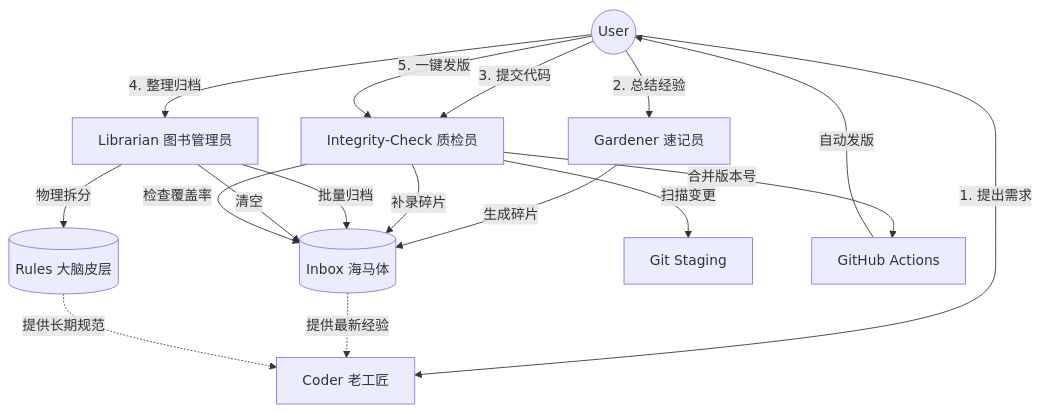
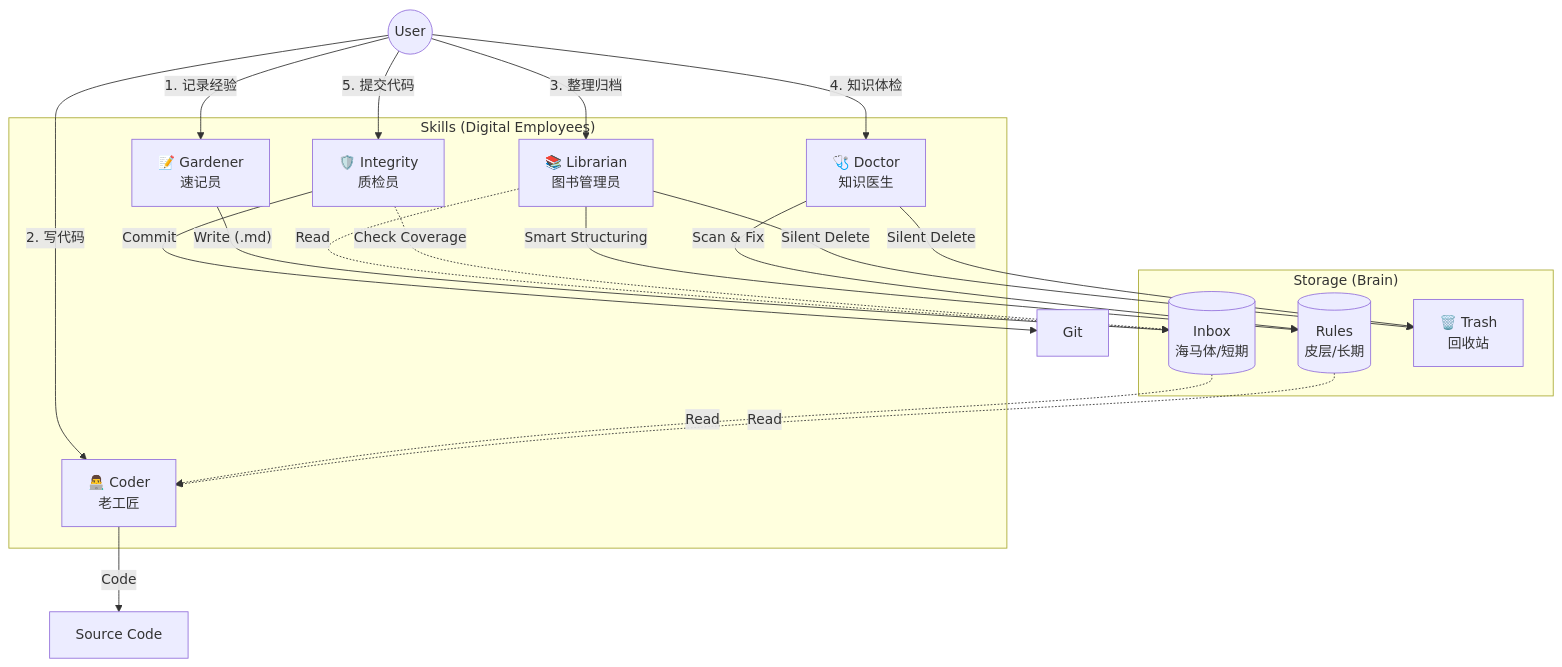
Before and after one commit to vincentline/MeeWoo.me: the diagram in .trae/documents/HELP.md, drawn with Mermaid. The commit also changed other lines of this file and 6 other files, not shown here.

````diff
--- a/.trae/documents/HELP.md
+++ b/.trae/documents/HELP.md
@@ -74,41 +73,44 @@
 ```mermaid
 graph TD
     User((User))
-    AC[Coder 老工匠]
-    KG[Gardener 速记员]
-    IC[Integrity-Check 质检员]
-    KL[Librarian 图书管理员]
     
-    Inbox[(Inbox 海马体)]
-    Rules[(Rules 大脑皮层)]
-    Git[Git Staging]
-    GH[GitHub Actions]
+    subgraph "Skills (Digital Employees)"
+        Gardener[📝 Gardener<br>速记员]
+        Librarian[📚 Librarian<br>图书管理员]
+        Doctor[🩺 Doctor<br>知识医生]
+        Coder[👨‍💻 Coder<br>老工匠]
+        Integrity[🛡️ Integrity<br>质检员]
+    end
 
-    %% 交互流程
-    User -->|1. 提出需求| AC
-    User -->|2. 总结经验| KG
-    User -->|3. 提交代码| IC
-    User -->|4. 整理归档| KL
-    User -->|5. 一键发版| IC
+    subgraph "Storage (Brain)"
+        Inbox[(Inbox<br>海马体/短期)]
+        Rules[(Rules<br>皮层/长期)]
+        Trash[🗑️ Trash<br>回收站]
+    end
 
-    %% 写入流
-    KG -->|生成碎片| Inbox
-    IC -->|补录碎片| Inbox
+    %% Capture Flow
+    User -->|"1. 记录经验"| Gardener
+    Gardener -->|"Write (.md)"| Inbox
     
-    %% 读取流
-    Inbox -.->|提供最新经验| AC
-    Rules -.->|提供长期规范| AC
+    %% Coding Flow
+    User -->|"2. 写代码"| Coder
+    Inbox -.->|"Read"| Coder
+    Rules -.->|"Read"| Coder
+    Coder -->|"Code"| Src[Source Code]
+
+    %% Consolidate Flow
+    User -->|"3. 整理归档"| Librarian
+    Librarian -->|"Smart Structuring"| Rules
+    Librarian -.->|"Read"| Inbox
+    Librarian -->|"Silent Delete"| Trash
     
-    %% 整理流
-    KL -->|批量归档| Inbox
-    KL -->|物理拆分| Rules
-    KL -->|清空| Inbox
-    
-    %% 检查流
-    IC -->|扫描变更| Git
-    IC -->|检查覆盖率| Inbox
-    
-    %% 发布流
-    IC -->|合并版本号| GH
-    GH -->|自动发版| User
+    %% Maintain Flow
+    User -->|"4. 知识体检"| Doctor
+    Doctor -->|"Scan & Fix"| Rules
+    Doctor -->|"Silent Delete"| Trash
+
+    %% Verify Flow
+    User -->|"5. 提交代码"| Integrity
+    Integrity -.->|"Check Coverage"| Inbox
+    Integrity -->|"Commit"| Git
 ```
````
